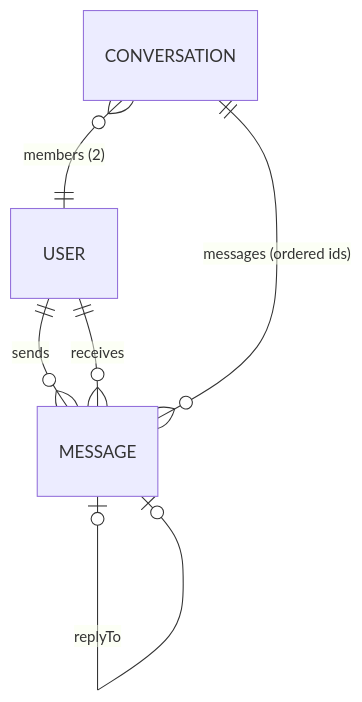
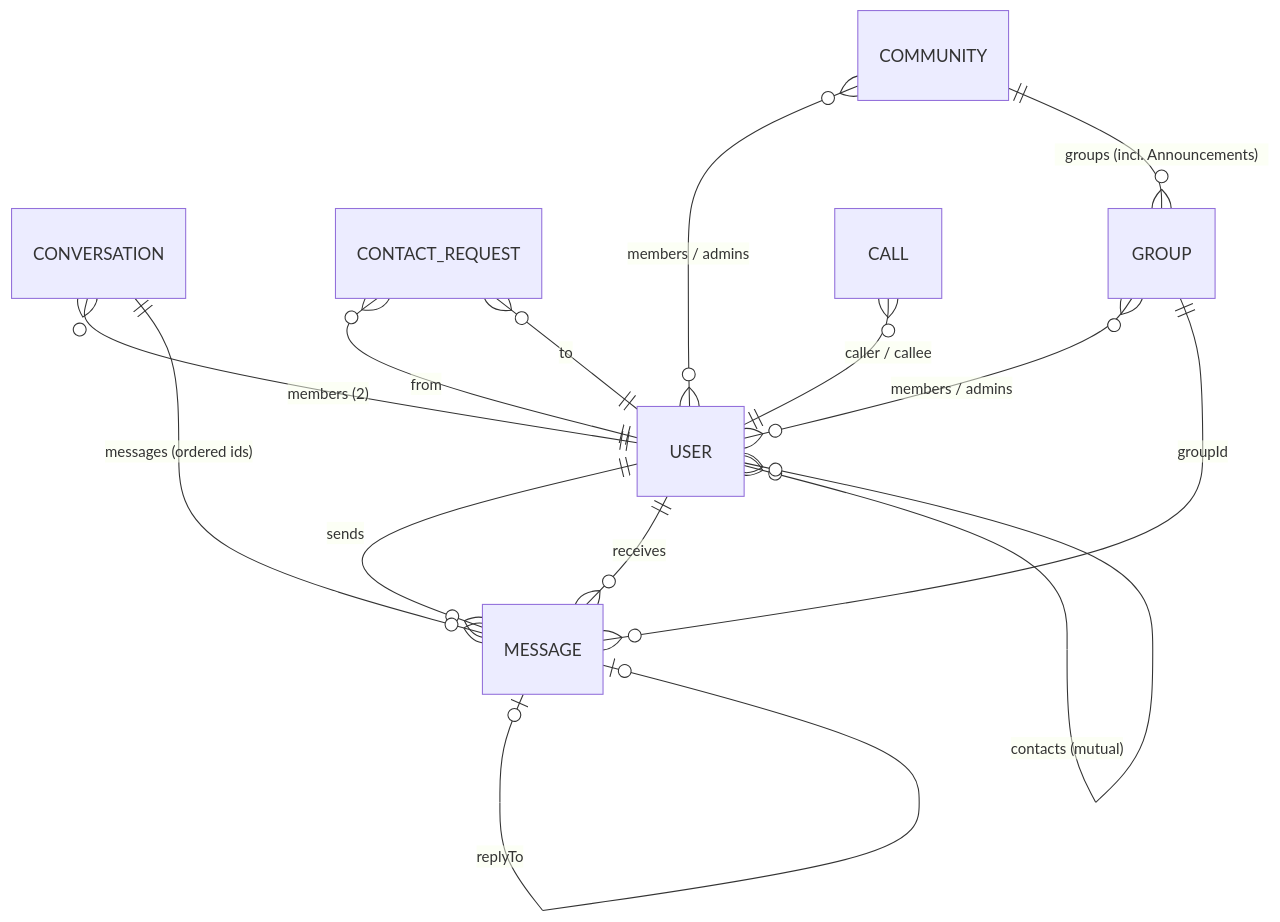
The fifth of 5 diagrams in README.md (Arjun-SN04/NexChat), drawn with Mermaid before and after one commit. The commit also changed other lines of this file and 101 other files, not shown here.

````diff
--- a/README.md
+++ b/README.md
@@ -273,8 +402,16 @@
 ```mermaid
 erDiagram
     USER ||--o{ MESSAGE : sends
     USER ||--o{ MESSAGE : receives
     CONVERSATION }o--|| USER : "members (2)"
     CONVERSATION ||--o{ MESSAGE : "messages (ordered ids)"
     MESSAGE |o--o| MESSAGE : "replyTo"
+    USER }o--o{ USER : "contacts (mutual)"
+    CONTACT_REQUEST }o--|| USER : "from"
+    CONTACT_REQUEST }o--|| USER : "to"
+    GROUP }o--o{ USER : "members / admins"
+    GROUP ||--o{ MESSAGE : "groupId"
+    COMMUNITY }o--o{ USER : "members / admins"
+    COMMUNITY ||--o{ GROUP : "groups (incl. Announcements)"
+    CALL }o--|| USER : "caller / callee"
 ```
````
